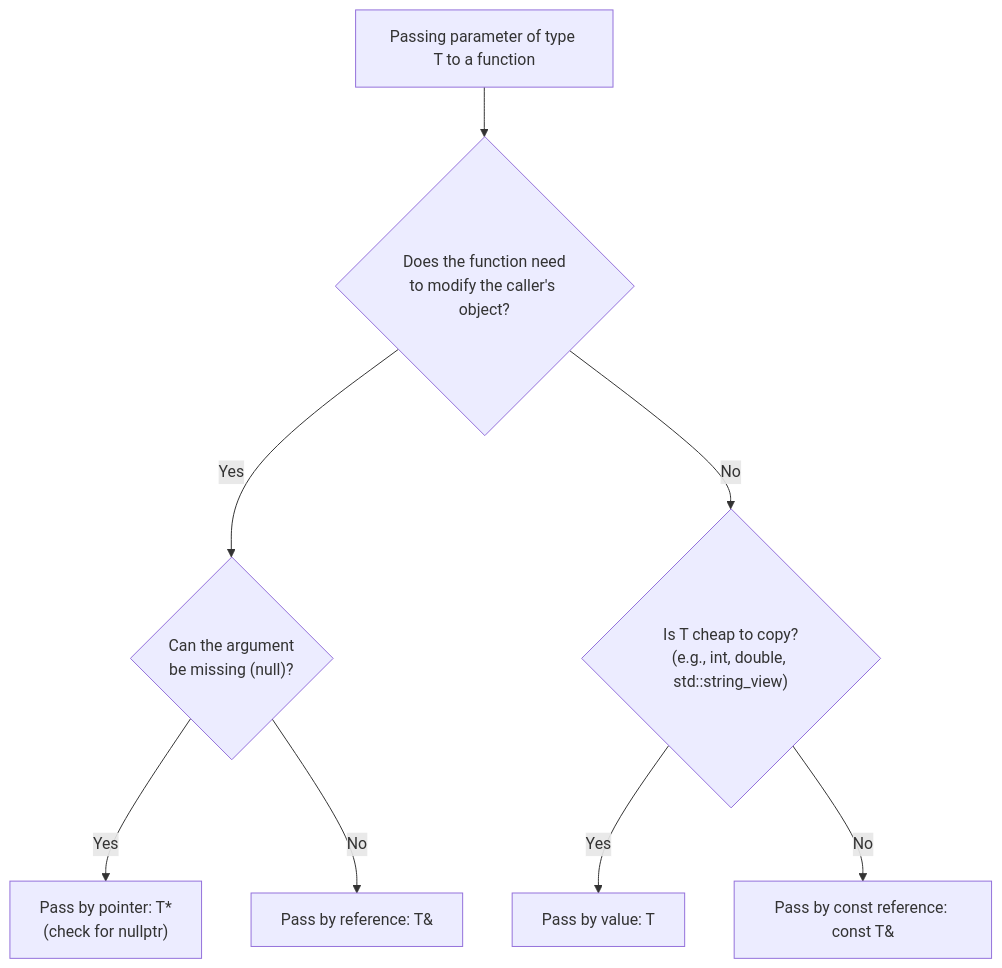
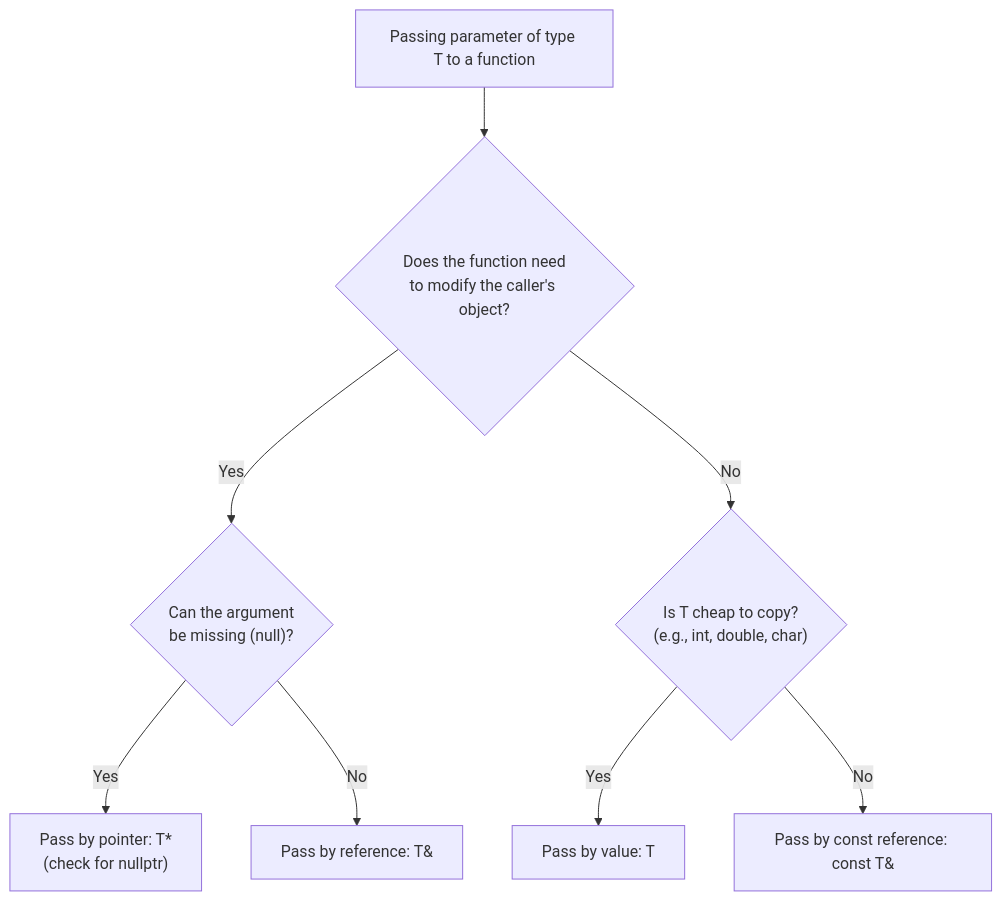
The second of 2 diagrams in notes/en/01-languages/01-cpp/03-modern-cpp/01-type-system/02-pointers-and-references.md (codestoria/addrnote), drawn with Mermaid before and after one commit. The commit also changed other lines of this file and 3 other files, not shown here.

````diff
--- a/notes/en/01-languages/01-cpp/03-modern-cpp/01-type-system/02-pointers-and-references.md
+++ b/notes/en/01-languages/01-cpp/03-modern-cpp/01-type-system/02-pointers-and-references.md
@@ -153,16 +153,16 @@
 ```mermaid
 flowchart TD
     START["Passing parameter of type T to a function"]
     Q1{"Does the function need<br/>to modify the caller's object?"}
     Q2{"Can the argument<br/>be missing (null)?"}
-    Q3{"Is T cheap to copy?<br/>(e.g., int, double, std::string_view)"}
+    Q3{"Is T cheap to copy?<br/>(e.g., int, double, char)"}
 
     START --> Q1
     Q1 -- Yes --> Q2
     Q2 -- Yes --> PTR["Pass by pointer: T*<br/>(check for nullptr)"]
     Q2 -- No --> REF["Pass by reference: T&"]
 
     Q1 -- No --> Q3
     Q3 -- Yes --> VAL["Pass by value: T"]
     Q3 -- No --> CREF["Pass by const reference: const T&"]
 ```
````
